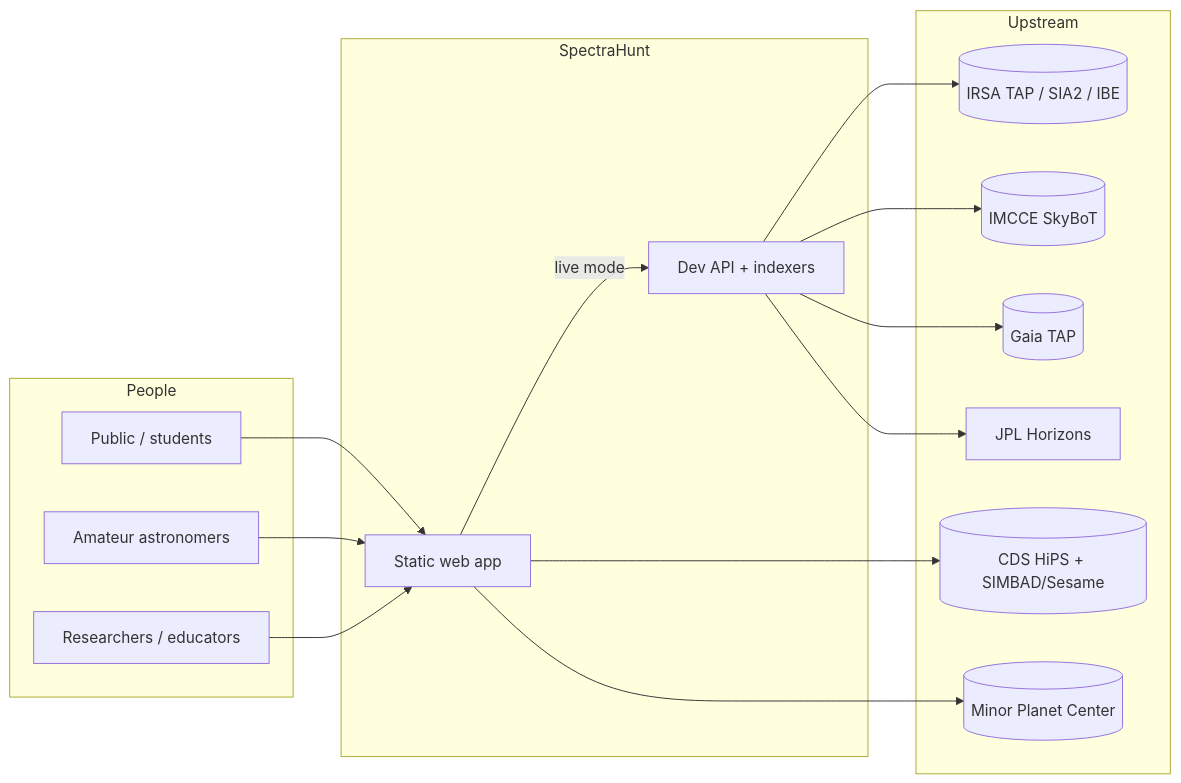
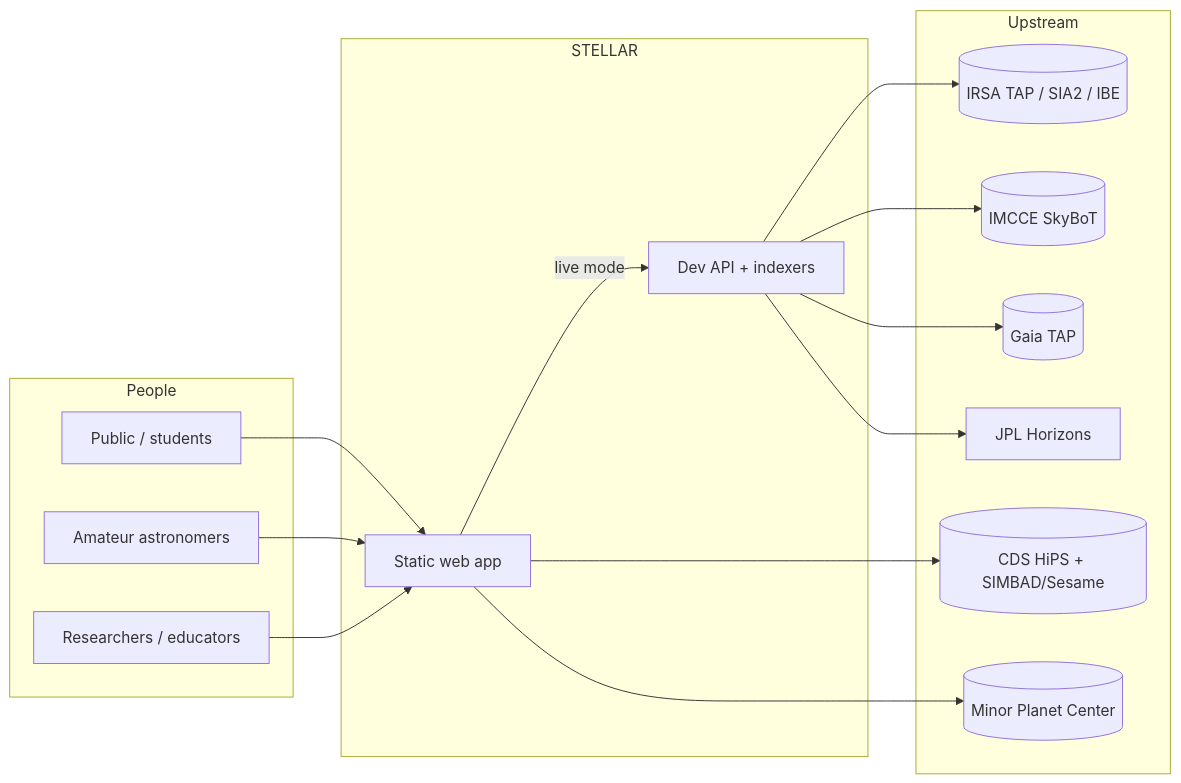
The first of 4 diagrams in SYSTEM_DESIGN.md (akashtori-13/drishti), drawn with Mermaid before and after one commit. The commit also changed other lines of this file and 56 other files, not shown here.

````diff
--- a/SYSTEM_DESIGN.md
+++ b/SYSTEM_DESIGN.md
@@ -12,30 +12,30 @@
 ```mermaid
 flowchart LR
     subgraph People
         PUB[Public / students]
         AM[Amateur astronomers]
         RES[Researchers / educators]
     end
-    subgraph SpectraHunt
+    subgraph STELLAR
         APP[Static web app]
         API[Dev API + indexers]
     end
     subgraph Upstream
         IRSA[(IRSA TAP / SIA2 / IBE)]
         CDS[(CDS HiPS + SIMBAD/Sesame)]
         SKYBOT[(IMCCE SkyBoT)]
         GAIA[(Gaia TAP)]
         MPC[(Minor Planet Center)]
         HOR[JPL Horizons]
     end
     PUB --> APP
     AM --> APP
     RES --> APP
     APP -->|live mode| API
     API --> IRSA
     APP --> CDS
     API --> SKYBOT
     API --> GAIA
     APP --> MPC
     API --> HOR
 ```
````
